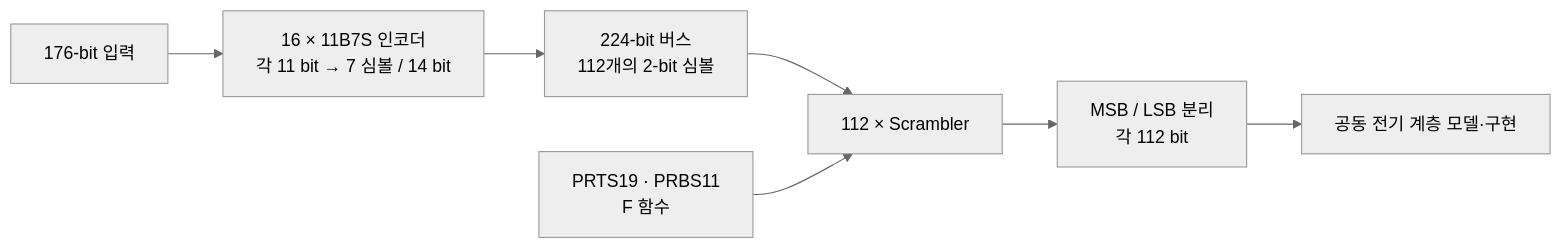
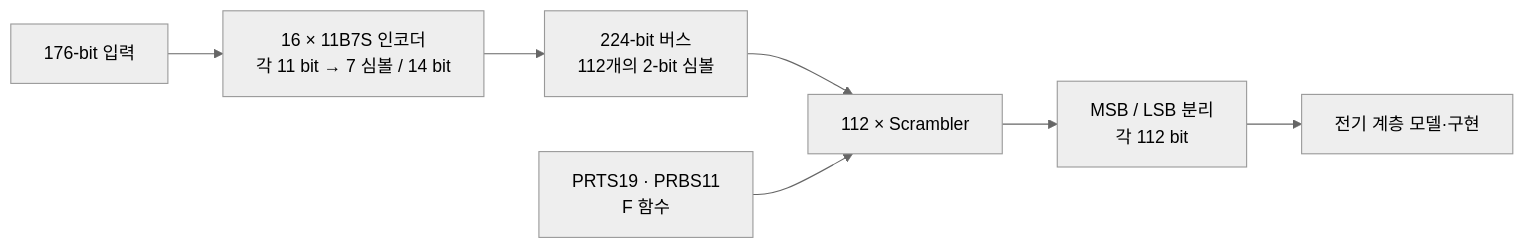
Before and after one commit to yunjuhyeong0916-glitch/jhyun: the diagram in projects/high-speed-interface-research/docs/usb-tx-modeling.md, drawn with Mermaid (neutral theme). The commit also changed other lines of this file and 34 other files, not shown here.

````diff
--- a/projects/high-speed-interface-research/docs/usb-tx-modeling.md
+++ b/projects/high-speed-interface-research/docs/usb-tx-modeling.md
@@ -13,9 +11,9 @@
 ```mermaid
 flowchart LR
     A["176-bit 입력"] --> B["16 × 11B7S 인코더<br/>각 11 bit → 7 심볼 / 14 bit"]
     B --> C["224-bit 버스<br/>112개의 2-bit 심볼"]
     C --> D["112 × Scrambler"]
     F["PRTS19 · PRBS11<br/>F 함수"] --> D
     D --> E["MSB / LSB 분리<br/>각 112 bit"]
-    E --> G["공동 전기 계층 모델·구현"]
+    E --> G["전기 계층 모델·구현"]
 ```
````
